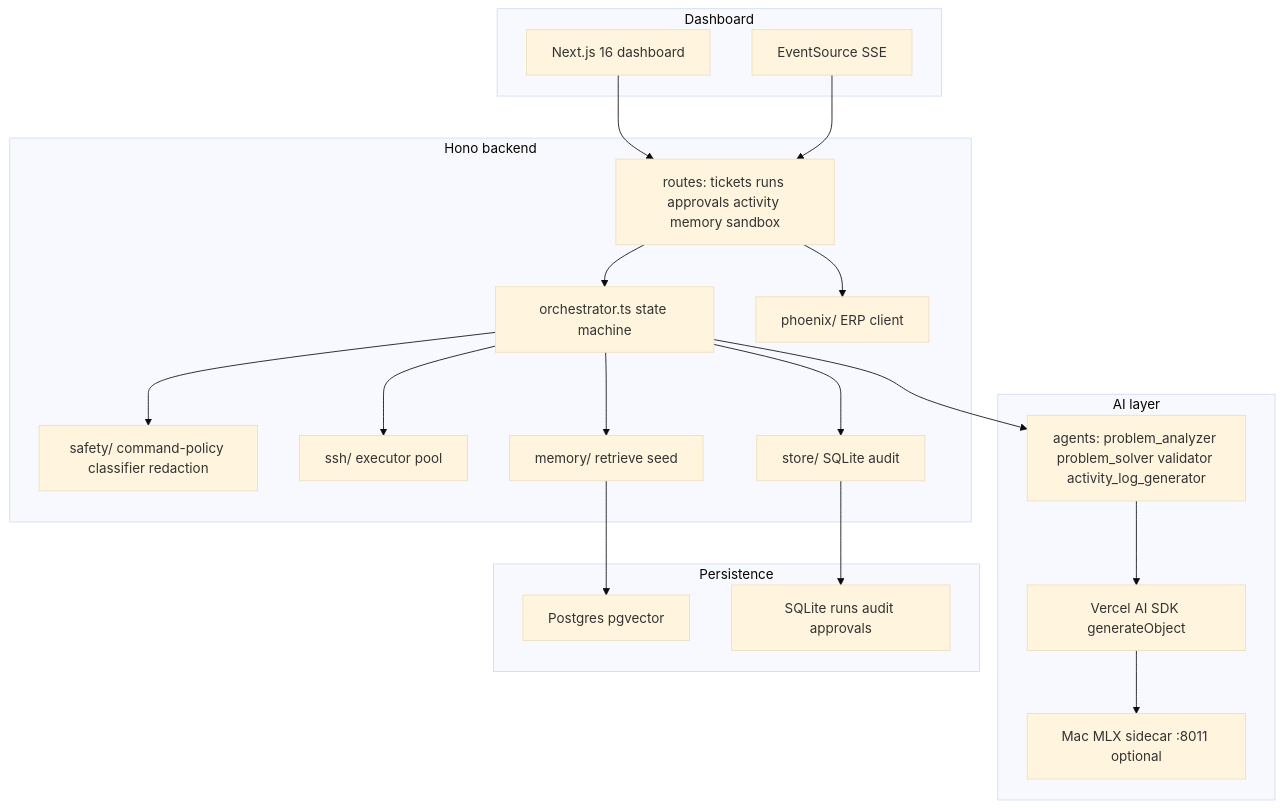
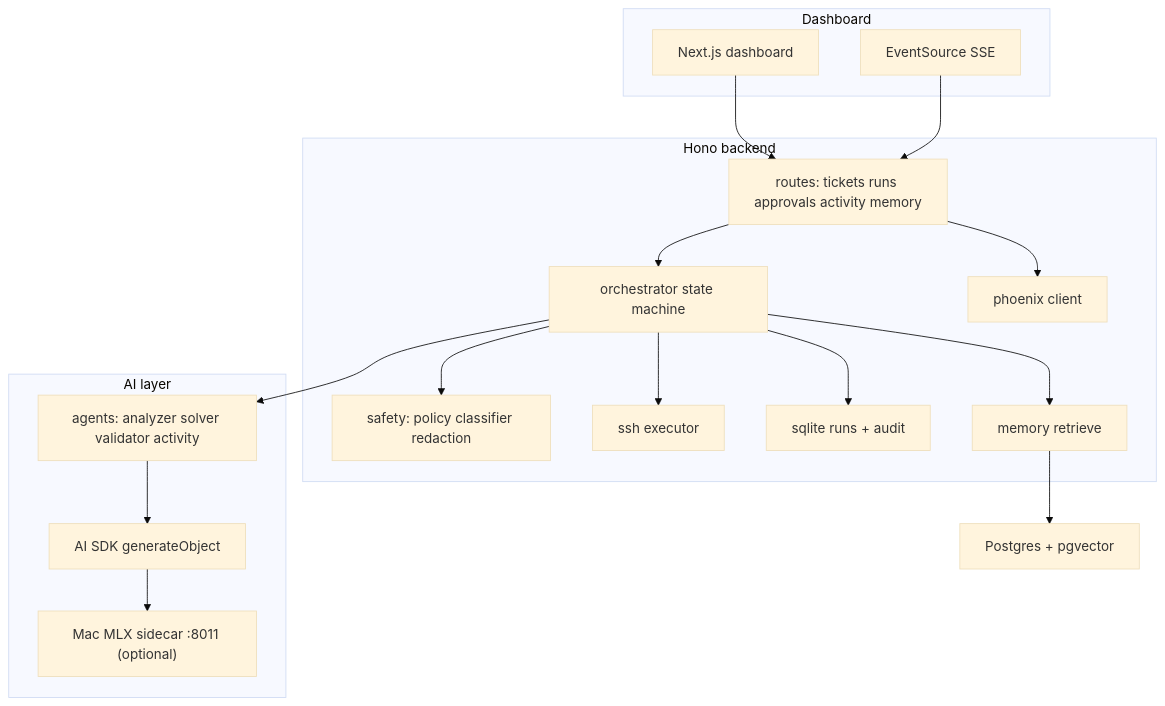
One commit to fathyshalaby/techbold_track_template changed the first of 2 diagrams in README.md. Above: the diagram before and after it, drawn with Mermaid (base theme). The commit also changed other lines of this file and 4 other files, not shown here.

````diff
--- a/README.md
+++ b/README.md
@@ -115,41 +61,32 @@
 ```mermaid
 flowchart TB
   subgraph ui [Dashboard]
-    DASH["Next.js 16 dashboard"]
+    DASH["Next.js dashboard"]
     SSE["EventSource SSE"]
   end
-
   subgraph api [Hono backend]
-    ROUTES["routes: tickets runs approvals activity memory sandbox"]
-    ORCH["orchestrator.ts state machine"]
-    SAF["safety/ command-policy classifier redaction"]
-    SSH["ssh/ executor pool"]
-    STORE["store/ SQLite audit"]
-    PHX["phoenix/ ERP client"]
-    MEM["memory/ retrieve seed"]
+    ROUTES["routes: tickets runs approvals activity memory"]
+    ORCH["orchestrator state machine"]
+    SAF["safety: policy classifier redaction"]
+    SSH["ssh executor"]
+    STORE["sqlite runs + audit"]
+    PHX["phoenix client"]
+    MEM["memory retrieve"]
   end
-
   subgraph ai [AI layer]
-    AGENTS["agents: problem_analyzer problem_solver validator activity_log_generator"]
-    LLM["Vercel AI SDK generateObject"]
-    SIDE["Mac MLX sidecar :8011 optional"]
+    AGENTS["agents: analyzer solver validator activity"]
+    LLM["AI SDK generateObject"]
+    SIDE["Mac MLX sidecar :8011 (optional)"]
   end
-
-  subgraph data [Persistence]
-    PG["Postgres pgvector"]
-    SQL["SQLite runs audit approvals"]
-  end
+  PG["Postgres + pgvector"]
 
   DASH --> ROUTES
   SSE --> ROUTES
   ROUTES --> ORCH
-  ORCH --> AGENTS --> LLM
-  LLM --> SIDE
+  ORCH --> AGENTS --> LLM --> SIDE
   ORCH --> SAF
   ORCH --> SSH
   ORCH --> STORE
   ROUTES --> PHX
-  ORCH --> MEM
-  MEM --> PG
-  STORE --> SQL
+  ORCH --> MEM --> PG
 ```
````
